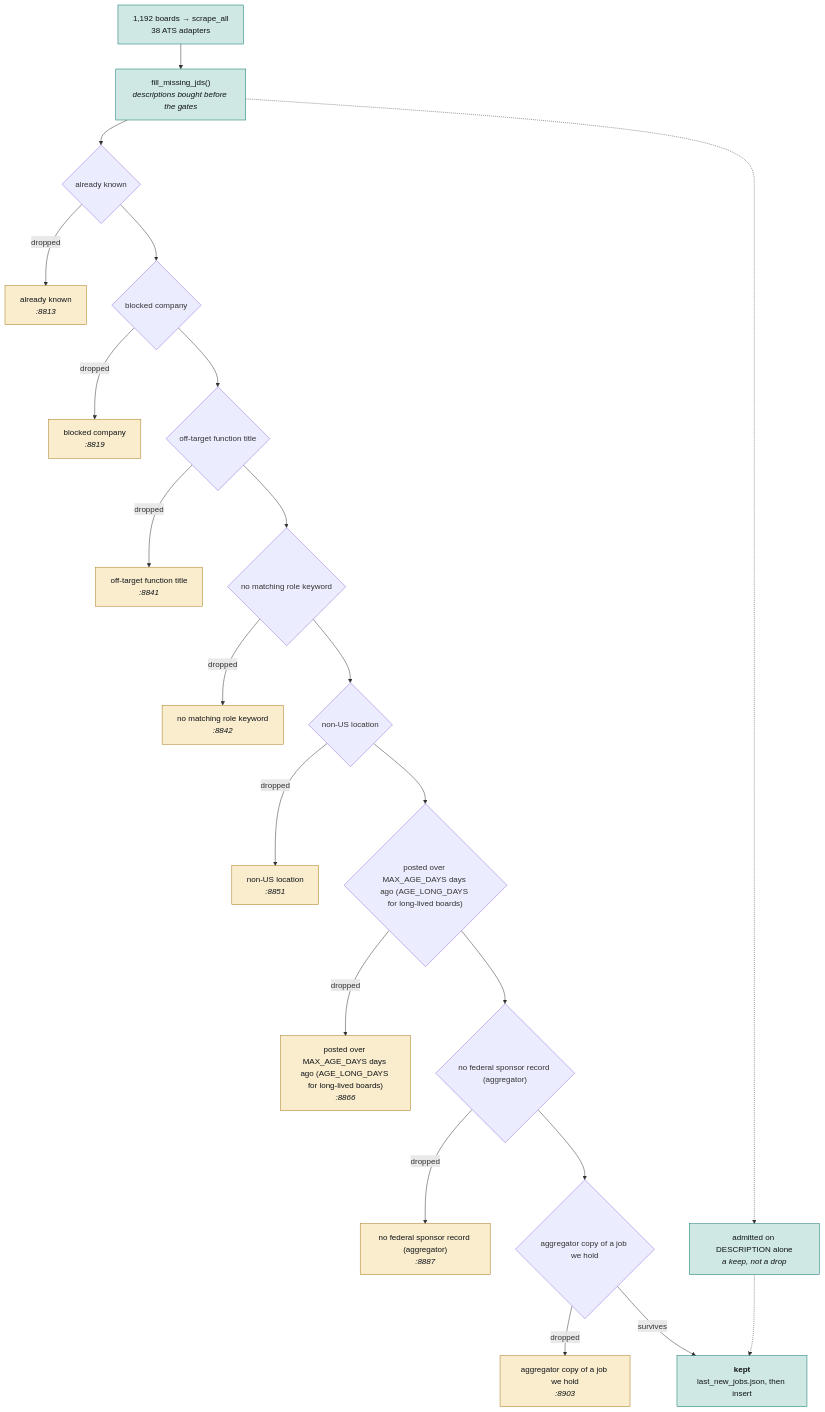
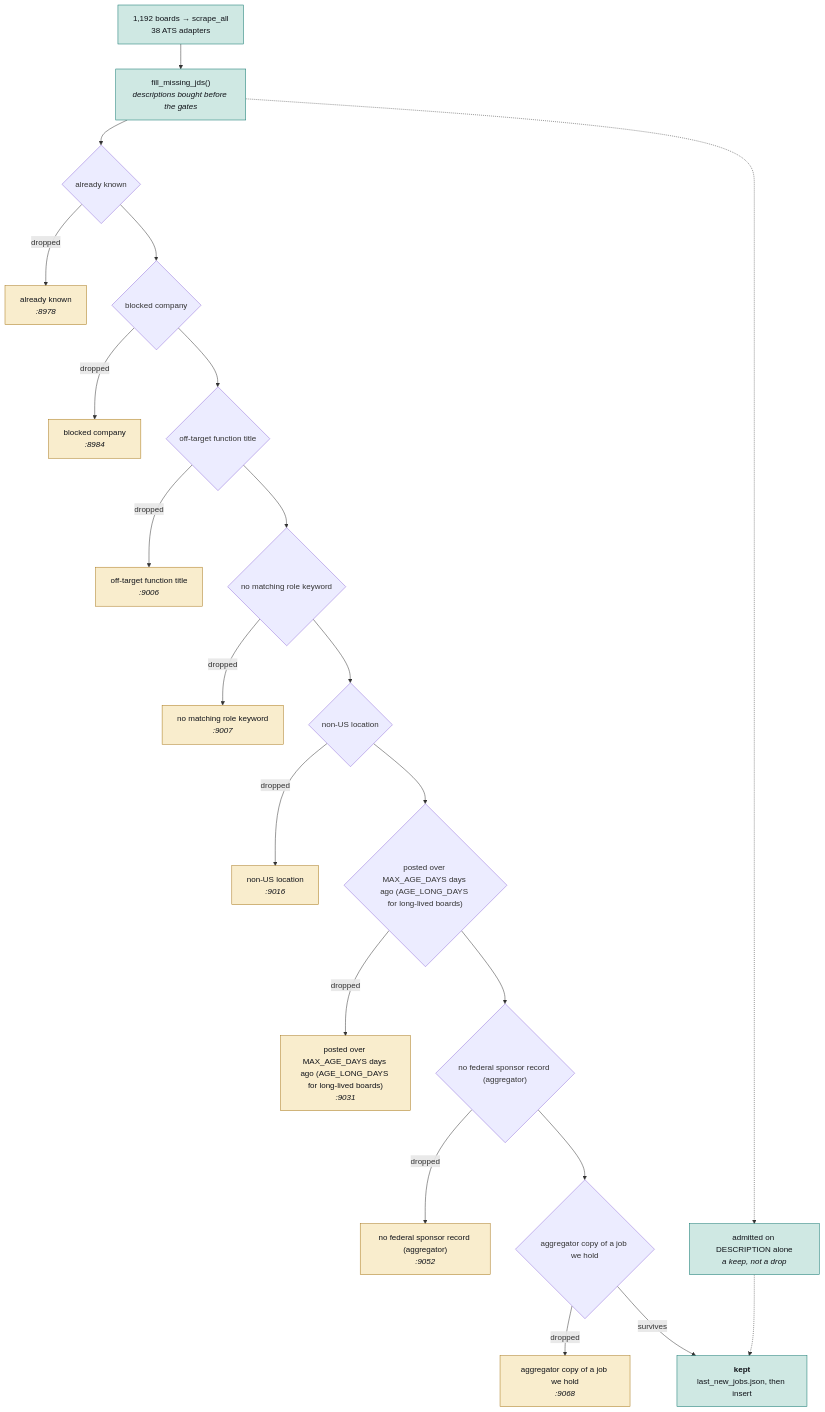
The second of 4 diagrams in JobMatch Scraper/docs/ARCHITECTURE.md (hadakunal909-debug/job-search-tool), drawn with Mermaid before and after one commit. The commit also changed other lines of this file and 9 other files, not shown here.

````diff
--- a/JobMatch Scraper/docs/ARCHITECTURE.md
+++ b/JobMatch Scraper/docs/ARCHITECTURE.md
@@ -106,54 +106,54 @@
 ```mermaid
 flowchart TB
   SRC["1,192 boards → scrape_all<br/>38 ATS adapters"]
   JD["fill_missing_jds()<br/><i>descriptions bought before the gates</i>"]
   SRC --> JD
   G0{"already known"}
-  D0["already known<br/><i>:8813</i>"]
+  D0["already known<br/><i>:8978</i>"]
   JD --> G0
   G0 -->|dropped| D0
   class D0 trap
   G1{"blocked company"}
-  D1["blocked company<br/><i>:8819</i>"]
+  D1["blocked company<br/><i>:8984</i>"]
   G0 --> G1
   G1 -->|dropped| D1
   class D1 trap
   G2{"off-target function title"}
-  D2["off-target function title<br/><i>:8841</i>"]
+  D2["off-target function title<br/><i>:9006</i>"]
   G1 --> G2
   G2 -->|dropped| D2
   class D2 trap
   G3{"no matching role keyword"}
-  D3["no matching role keyword<br/><i>:8842</i>"]
+  D3["no matching role keyword<br/><i>:9007</i>"]
   G2 --> G3
   G3 -->|dropped| D3
   class D3 trap
   G4{"non-US location"}
-  D4["non-US location<br/><i>:8851</i>"]
+  D4["non-US location<br/><i>:9016</i>"]
   G3 --> G4
   G4 -->|dropped| D4
   class D4 trap
   G5{"posted over MAX_AGE_DAYS days ago (AGE_LONG_DAYS for long-lived boards)"}
-  D5["posted over MAX_AGE_DAYS days ago (AGE_LONG_DAYS for long-lived boards)<br/><i>:8866</i>"]
+  D5["posted over MAX_AGE_DAYS days ago (AGE_LONG_DAYS for long-lived boards)<br/><i>:9031</i>"]
   G4 --> G5
   G5 -->|dropped| D5
   class D5 trap
   G6{"no federal sponsor record (aggregator)"}
-  D6["no federal sponsor record (aggregator)<br/><i>:8887</i>"]
+  D6["no federal sponsor record (aggregator)<br/><i>:9052</i>"]
   G5 --> G6
   G6 -->|dropped| D6
   class D6 trap
   G7{"aggregator copy of a job we hold"}
-  D7["aggregator copy of a job we hold<br/><i>:8903</i>"]
+  D7["aggregator copy of a job we hold<br/><i>:9068</i>"]
   G6 --> G7
   G7 -->|dropped| D7
   class D7 trap
   KEEP["<b>kept</b><br/>last_new_jobs.json, then insert"]
   G7 -->|survives| KEEP
   RESCUE["admitted on DESCRIPTION alone<br/><i>a keep, not a drop</i>"]
   JD -.-> RESCUE
   RESCUE -.-> KEEP
   classDef trap fill:#f9edcd,stroke:#a8781a,color:#101319
   classDef sched fill:#cfe8e3,stroke:#0f766e,color:#101319
   class SRC,JD,KEEP,RESCUE sched
 ```
````
